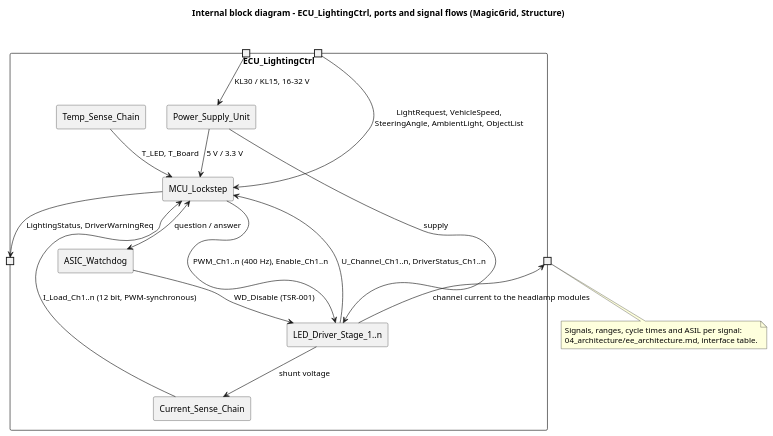
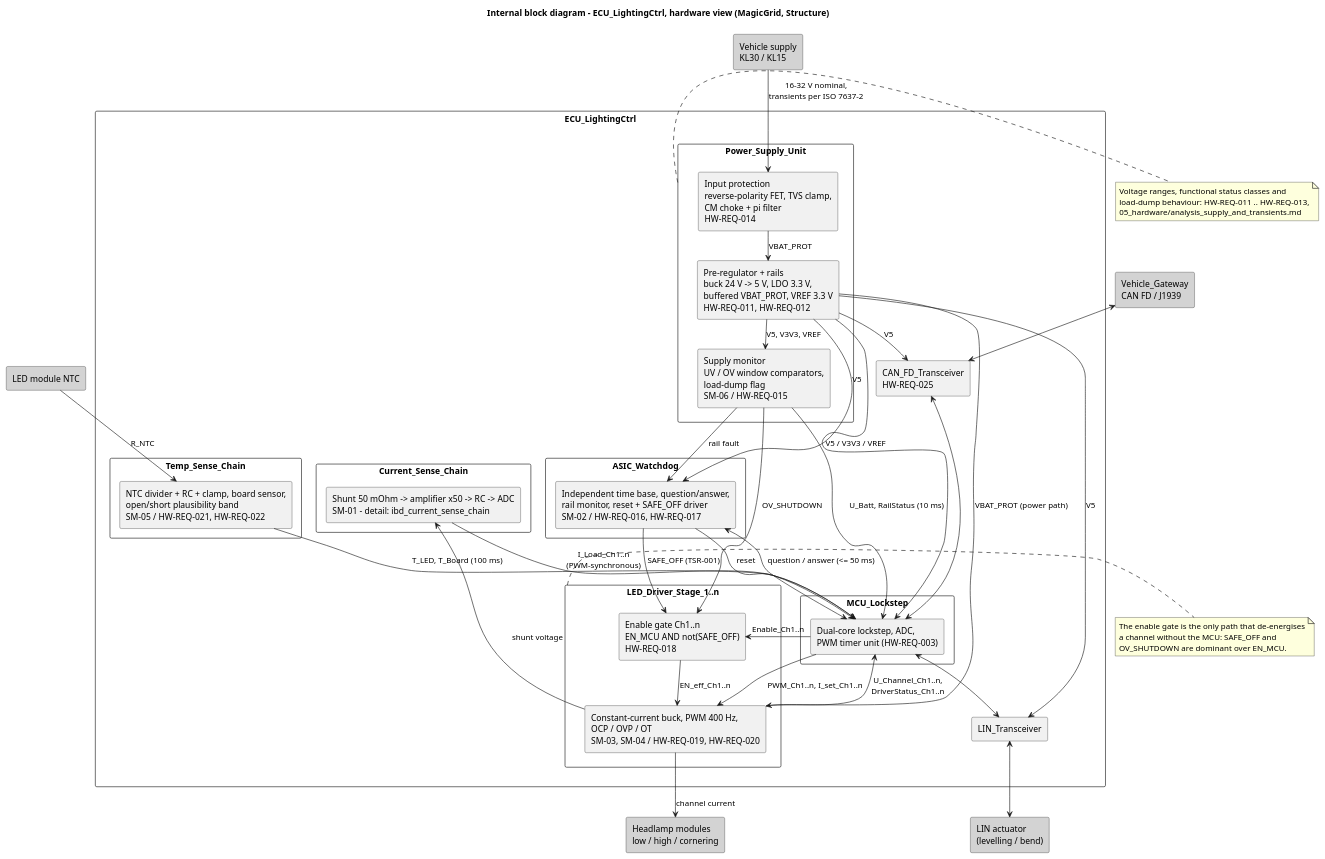
One commit to bny61/beleuchtungssystem-aspice changed the diagram in 03_model/plantuml/ibd_ecu.puml. Above: the diagram before and after it, drawn with PlantUML. The commit also changed 40 other files, not shown here.

```diff
--- a/03_model/plantuml/ibd_ecu.puml
+++ b/03_model/plantuml/ibd_ecu.puml
@@ -1,36 +1,89 @@
 @startuml ibd_ecu
-title Internal block diagram - ECU_LightingCtrl, ports and signal flows (MagicGrid, Structure)
+title Internal block diagram - ECU_LightingCtrl, hardware view (MagicGrid, Structure)
 skinparam componentStyle rectangle
+skinparam shadowing false
+skinparam nodesep 14
+skinparam ranksep 30
 
-component "ECU_LightingCtrl" {
-  component "MCU_Lockstep" as MCU
-  component "ASIC_Watchdog" as WD
-  component "Power_Supply_Unit" as PSU
-  component "LED_Driver_Stage_1..n" as DRV
-  component "Current_Sense_Chain" as CS
-  component "Temp_Sense_Chain" as TS
-  portin " " as pKL30
-  portin " " as pCANin
-  portout " " as pCANout
-  portout " " as pCH
+rectangle "Vehicle supply\nKL30 / KL15" as KL30 #LightGray
+rectangle "Vehicle_Gateway\nCAN FD / J1939" as GW #LightGray
+rectangle "LIN actuator\n(levelling / bend)" as ACT #LightGray
+rectangle "Headlamp modules\nlow / high / cornering" as LAMP #LightGray
+rectangle "LED module NTC" as NTC #LightGray
+
+component "ECU_LightingCtrl" as ECU {
+
+  component "Power_Supply_Unit" as PSU {
+    component "Input protection\nreverse-polarity FET, TVS clamp,\nCM choke + pi filter\nHW-REQ-014" as PROT
+    component "Pre-regulator + rails\nbuck 24 V -> 5 V, LDO 3.3 V,\nbuffered VBAT_PROT, VREF 3.3 V\nHW-REQ-011, HW-REQ-012" as RAILS
+    component "Supply monitor\nUV / OV window comparators,\nload-dump flag\nSM-06 / HW-REQ-015" as SUPMON
+  }
+
+  component "ASIC_Watchdog" as WD {
+    component "Independent time base, question/answer,\nrail monitor, reset + SAFE_OFF driver\nSM-02 / HW-REQ-016, HW-REQ-017" as WDCORE
+  }
+
+  component "MCU_Lockstep" as MCU {
+    component "Dual-core lockstep, ADC,\nPWM timer unit (HW-REQ-003)" as ADC
+  }
+
+  component "LED_Driver_Stage_1..n" as DRV {
+    component "Enable gate Ch1..n\nEN_MCU AND not(SAFE_OFF)\nHW-REQ-018" as GATE
+    component "Constant-current buck, PWM 400 Hz,\nOCP / OVP / OT\nSM-03, SM-04 / HW-REQ-019, HW-REQ-020" as DRVCORE
+  }
+
+  component "Current_Sense_Chain" as CS {
+    component "Shunt 50 mOhm -> amplifier x50 -> RC -> ADC\nSM-01 - detail: ibd_current_sense_chain" as CSCORE
+  }
+
+  component "Temp_Sense_Chain" as TS {
+    component "NTC divider + RC + clamp, board sensor,\nopen/short plausibility band\nSM-05 / HW-REQ-021, HW-REQ-022" as TSCORE
+  }
+
+  component "CAN_FD_Transceiver\nHW-REQ-025" as CAN
+  component "LIN_Transceiver" as LIN
 }
 
-pKL30 --> PSU : KL30 / KL15, 16-32 V
-pCANin --> MCU : LightRequest, VehicleSpeed,\nSteeringAngle, AmbientLight, ObjectList
-MCU --> pCANout : LightingStatus, DriverWarningReq
-MCU --> DRV : PWM_Ch1..n (400 Hz), Enable_Ch1..n
-WD --> DRV : WD_Disable (TSR-001)
-MCU <--> WD : question / answer
-DRV --> CS : shunt voltage
-CS --> MCU : I_Load_Ch1..n (12 bit, PWM-synchronous)
-DRV --> MCU : U_Channel_Ch1..n, DriverStatus_Ch1..n
-TS --> MCU : T_LED, T_Board
-DRV --> pCH : channel current to the headlamp modules
-PSU --> MCU : 5 V / 3.3 V
-PSU --> DRV : supply
+KL30 --> PROT : 16-32 V nominal,\ntransients per ISO 7637-2
+PROT --> RAILS : VBAT_PROT
+RAILS --> SUPMON : V5, V3V3, VREF
+RAILS --> ADC : V5 / V3V3 / VREF
+RAILS --> WDCORE : V5
+RAILS --> DRVCORE : VBAT_PROT (power path)
+RAILS --> CAN : V5
+RAILS --> LIN : V5
 
-note bottom
-  Signals, ranges, cycle times and ASIL per signal:
-  04_architecture/ee_architecture.md, interface table.
+SUPMON --> ADC : U_Batt, RailStatus (10 ms)
+SUPMON --> WDCORE : rail fault
+SUPMON --> GATE : OV_SHUTDOWN
+WDCORE --> ADC : reset
+ADC <--> WDCORE : question / answer (<= 50 ms)
+WDCORE --> GATE : SAFE_OFF (TSR-001)
+
+ADC --> GATE : Enable_Ch1..n
+ADC --> DRVCORE : PWM_Ch1..n, I_set_Ch1..n
+GATE --> DRVCORE : EN_eff_Ch1..n
+DRVCORE --> LAMP : channel current
+DRVCORE --> CSCORE : shunt voltage
+CSCORE --> ADC : I_Load_Ch1..n\n(PWM-synchronous)
+DRVCORE --> ADC : U_Channel_Ch1..n,\nDriverStatus_Ch1..n
+NTC --> TSCORE : R_NTC
+TSCORE --> ADC : T_LED, T_Board (100 ms)
+
+GW <--> CAN
+CAN <--> ADC
+ADC <--> LIN
+LIN <--> ACT
+
+note right of PSU
+  Voltage ranges, functional status classes and
+  load-dump behaviour: HW-REQ-011 .. HW-REQ-013,
+  05_hardware/analysis_supply_and_transients.md
+end note
+
+note right of DRV
+  The enable gate is the only path that de-energises
+  a channel without the MCU: SAFE_OFF and
+  OV_SHUTDOWN are dominant over EN_MCU.
 end note
 @enduml
```
